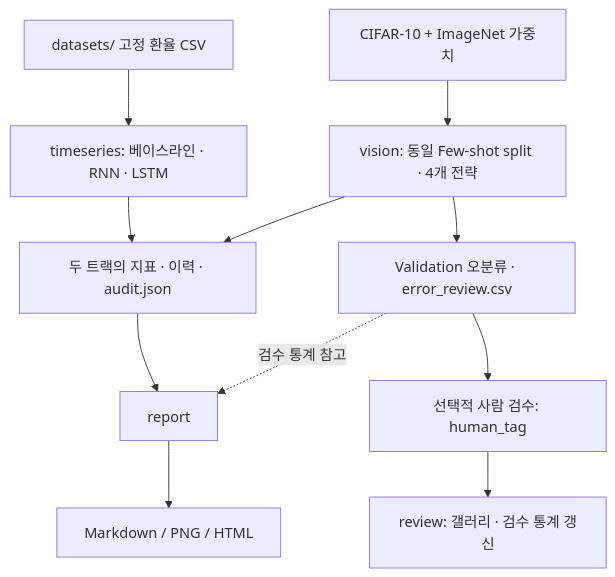
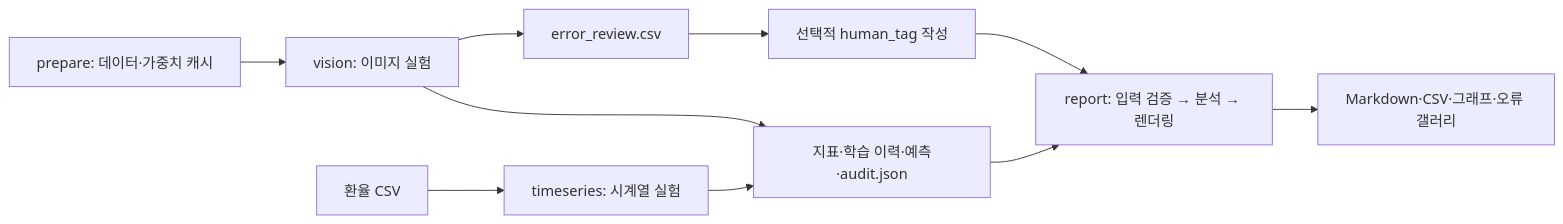
The diagram in README.md (shannonlee-dev/predictive-model-diagnostics-pipeline), drawn with Mermaid before and after one commit. The commit also changed other lines of this file and 21 other files, not shown here.

````diff
--- a/README.md
+++ b/README.md
@@ -17,13 +23,12 @@
 ```mermaid
-flowchart TD
-    FX["datasets/ 고정 환율 CSV"] --> TS["timeseries: 베이스라인 · RNN · LSTM"]
-    IM["CIFAR-10 + ImageNet 가중치"] --> VS["vision: 동일 Few-shot split · 4개 전략"]
-    TS --> ART["두 트랙의 지표 · 이력 · audit.json"]
-    VS --> ART
-    VS --> ERR["Validation 오분류 · error_review.csv"]
-    ERR --> REV["선택적 사람 검수: human_tag"]
-    REV --> REVIEW["review: 갤러리 · 검수 통계 갱신"]
-    ART --> REPORT["report"]
-    ERR -. "검수 통계 참고" .-> REPORT
-    REPORT --> OUT["Markdown / PNG / HTML"]
+flowchart LR
+    P["prepare: 데이터·가중치 캐시"] --> V["vision: 이미지 실험"]
+    D["환율 CSV"] --> T["timeseries: 시계열 실험"]
+    V --> A["지표·학습 이력·예측·audit.json"]
+    T --> A
+    V --> E["error_review.csv"]
+    E --> H["선택적 human_tag 작성"]
+    H --> R["report: 입력 검증 → 분석 → 렌더링"]
+    A --> R
+    R --> O["Markdown·CSV·그래프·오류 갤러리"]
 ```
````
